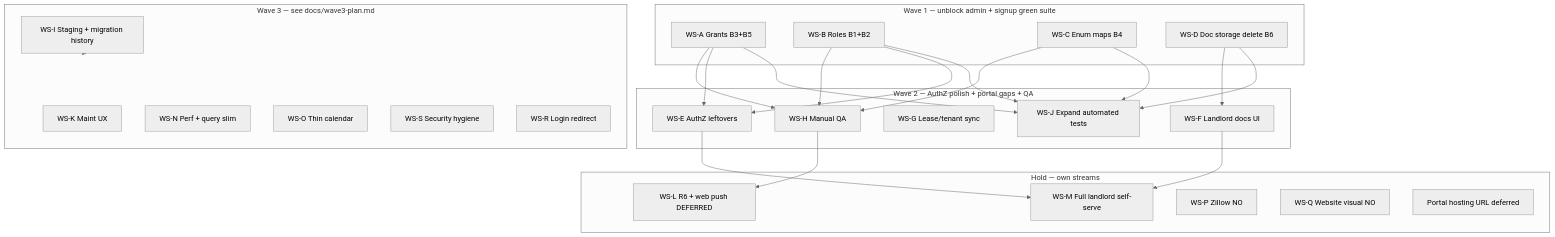
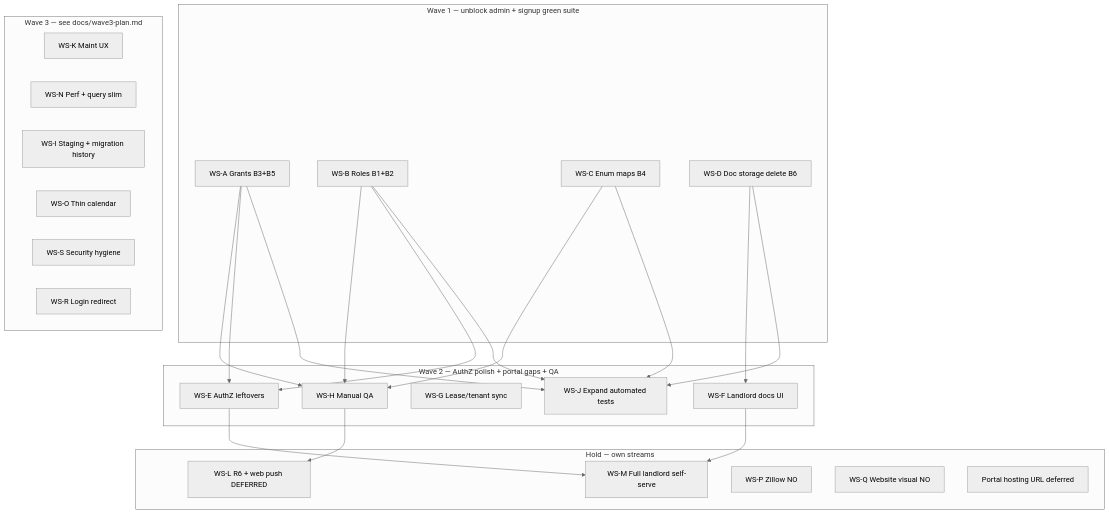
The diagram in docs/parallel-work-plan.md (CharmZoned/Maintenance-App-Portal), drawn with Mermaid (neutral theme) before and after one commit. The commit also changed other lines of this file and 2 other files, not shown here.

````diff
--- a/docs/parallel-work-plan.md
+++ b/docs/parallel-work-plan.md
@@ -38,45 +38,44 @@
 ```mermaid
 flowchart TB
   subgraph W1["Wave 1 — unblock admin + signup green suite"]
     A[WS-A Grants B3+B5]
     B[WS-B Roles B1+B2]
     C[WS-C Enum maps B4]
     D[WS-D Doc storage delete B6]
   end
   subgraph W2["Wave 2 — AuthZ polish + portal gaps + QA"]
     E[WS-E AuthZ leftovers]
     F[WS-F Landlord docs UI]
     G[WS-G Lease/tenant sync]
     H[WS-H Manual QA]
     J[WS-J Expand automated tests]
   end
   subgraph W3["Wave 3 — see docs/wave3-plan.md"]
     K[WS-K Maint UX]
     N[WS-N Perf + query slim]
     I[WS-I Staging + migration history]
     O[WS-O Thin calendar]
     S[WS-S Security hygiene]
     R[WS-R Login redirect]
   end
   subgraph HOLD["Hold — own streams"]
     L[WS-L R6 + web push DEFERRED]
     M[WS-M Full landlord self-serve]
     P[WS-P Zillow NO]
     Q[WS-Q Website visual NO]
     Host[Portal hosting URL deferred]
   end
   A --> H
   B --> H
   C --> H
   D --> F
   A --> E
   B --> E
   A --> J
   B --> J
   C --> J
   D --> J
   E --> M
   F --> M
   H --> L
-  I -.-> W3
 ```
````
